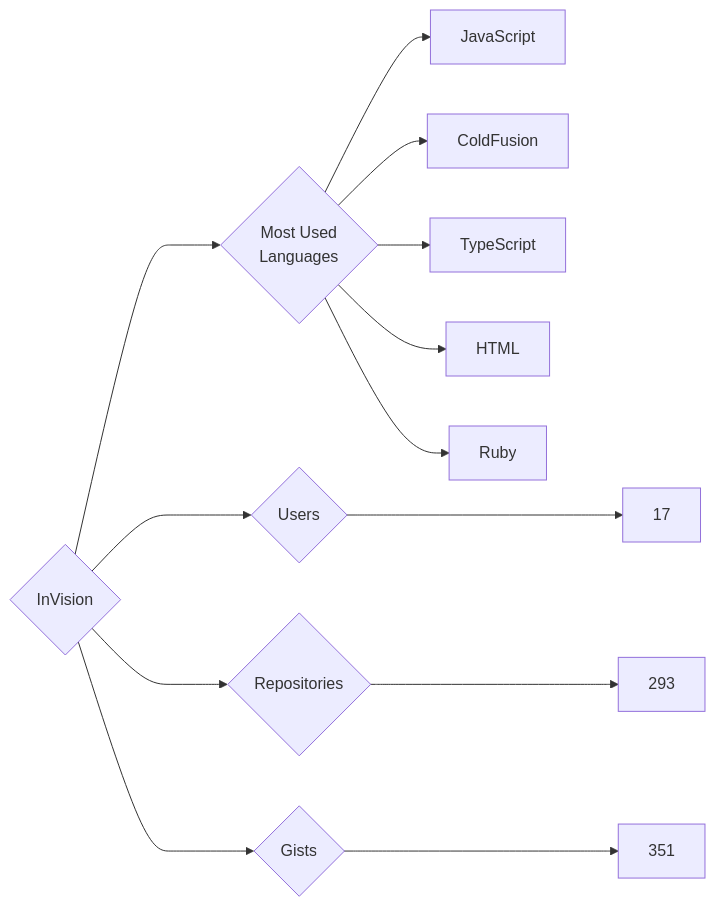
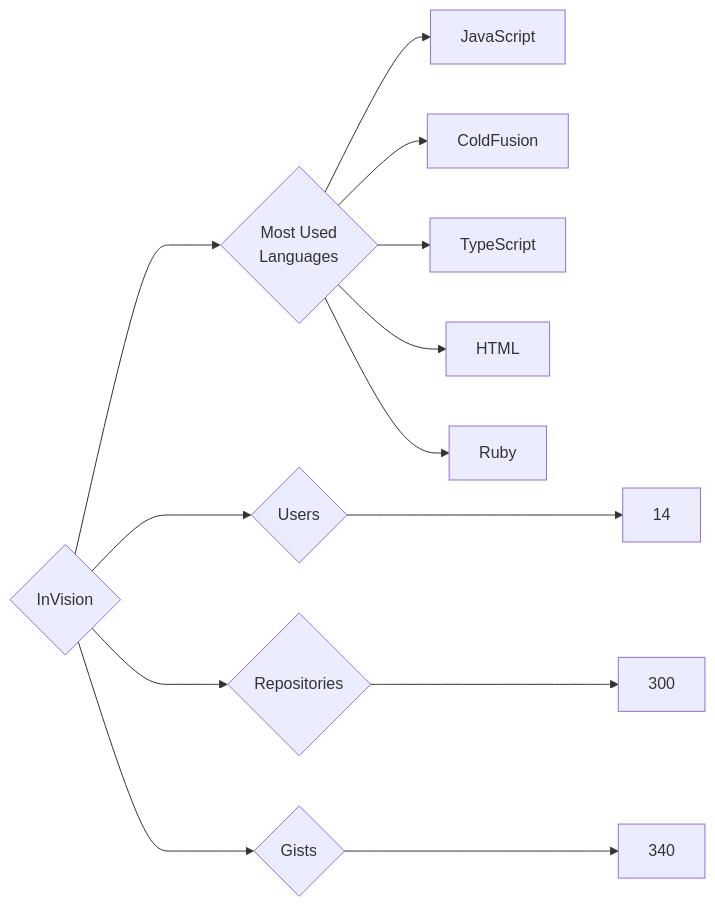
Before and after one commit to trickest/insiders: the diagram in targets/InVision/README.md, drawn with Mermaid. The commit also changed 750 other files, not shown here.

````diff
--- a/targets/InVision/README.md
+++ b/targets/InVision/README.md
@@ -3,13 +3,13 @@
 ```mermaid
 graph LR
 COMPANY_NAME{InVision}
-COMPANY_NAME ---> U{Users} ---> UN[17]
-COMPANY_NAME ---> R{Repositories} ---> RN[293]
-COMPANY_NAME ---> G{Gists} ---> GN[351]
+COMPANY_NAME ---> U{Users} ---> UN[14]
+COMPANY_NAME ---> R{Repositories} ---> RN[300]
+COMPANY_NAME ---> G{Gists} ---> GN[340]
 COMPANY_NAME ---> ML{Most Used<br>Languages}
 ML --> JavaScript[JavaScript]
 ML --> ColdFusion[ColdFusion]
 ML --> TypeScript[TypeScript]
 ML --> HTML[HTML]
 ML --> Ruby[Ruby]
 ```
````
